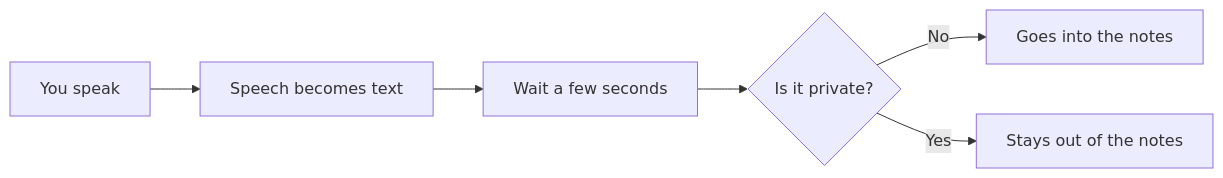
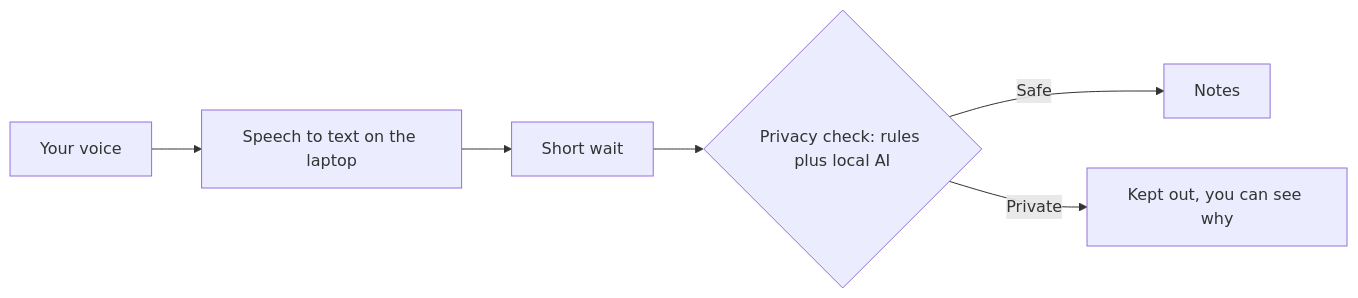
One commit to Dee-1862/agent-filter changed the diagram in README.md. Above: the diagram before and after it, drawn with Mermaid. The commit also changed other lines of this file and 2 other files, not shown here.

Commit message:
Use one simple flow diagram across the docs
- Five plain steps from your voice to the notes, with a branch for private lines
- Same diagram in README, the plain language guide and the architecture doc
- Tool names moved to a small table under the diagram

````diff
--- a/README.md
+++ b/README.md
@@ -11,8 +11,8 @@
 ```mermaid
 flowchart LR
-  A[You speak] --> B[Speech becomes text]
-  B --> C[Wait a few seconds]
-  C --> D{Is it private?}
-  D -->|No| E[Goes into the notes]
-  D -->|Yes| F[Stays out of the notes]
+  A[Your voice] --> B[Speech to text on the laptop]
+  B --> C[Short wait]
+  C --> D{Privacy check: rules plus local AI}
+  D -->|Safe| E[Notes]
+  D -->|Private| F[Kept out, you can see why]
 ```
````
